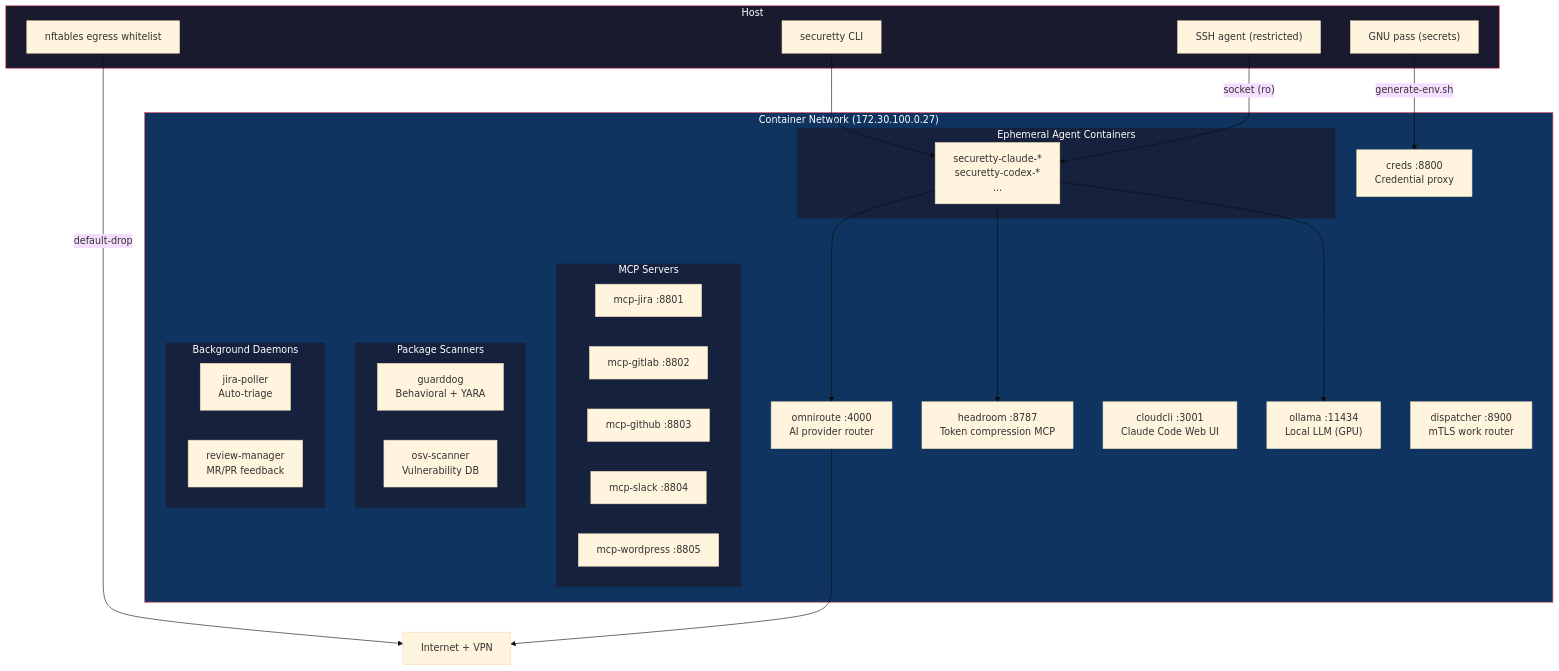
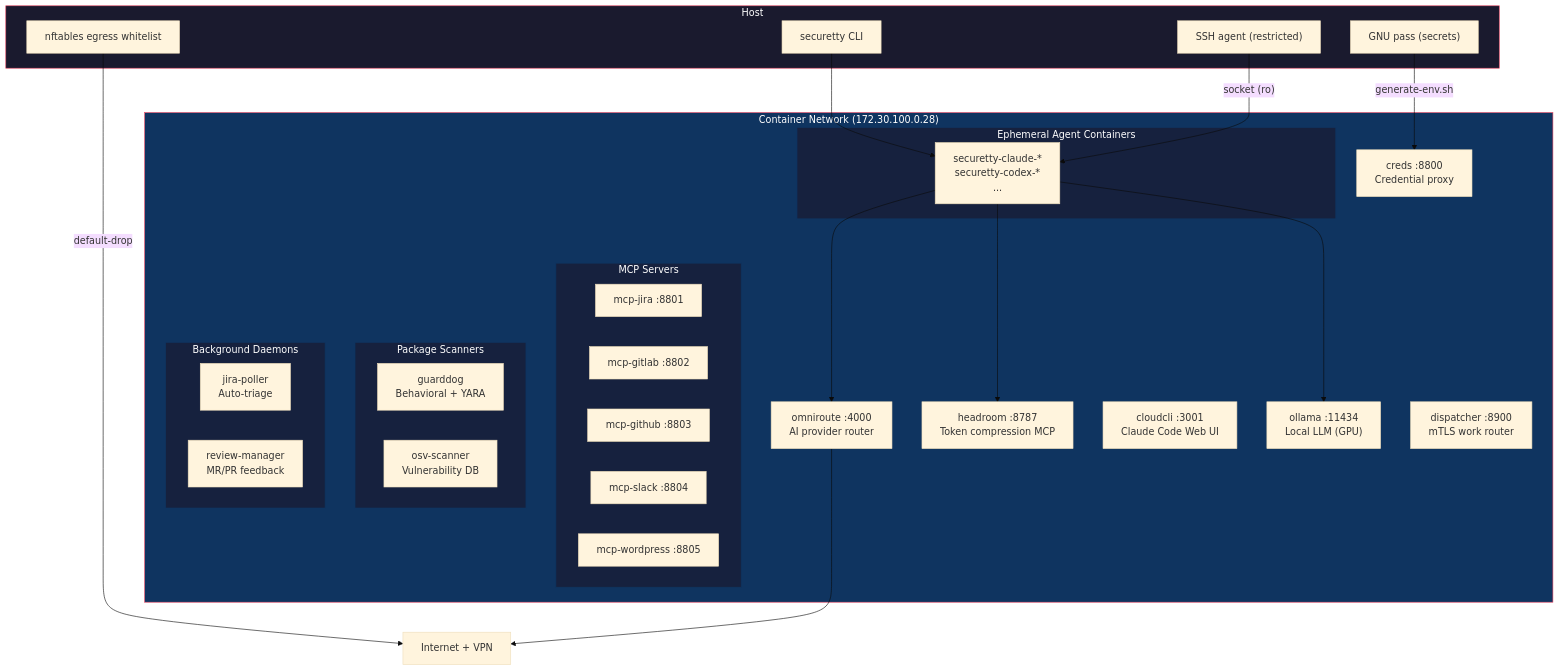
One commit to dmzoneill/securetty changed the first of 2 diagrams in README.md. Above: the diagram before and after it, drawn with Mermaid (base theme). The commit also changed 1 other file, not shown here.

Commit message:
chore: bump version to v0.0.28

````diff
--- a/README.md
+++ b/README.md
@@ -7,58 +7,58 @@
 ```mermaid
 graph TD
     Internet["Internet + VPN"]
 
     subgraph host["Host"]
         CLI["securetty CLI"]
         SSHAgent["SSH agent (restricted)"]
         Pass["GNU pass (secrets)"]
         Egress["nftables egress whitelist"]
     end
 
-    subgraph network["Container Network (172.30.100.0.27)"]
+    subgraph network["Container Network (172.30.100.0.28)"]
         OmniRoute["omniroute :4000\nAI provider router"]
         Headroom["headroom :8787\nToken compression MCP"]
         CloudCLI["cloudcli :3001\nClaude Code Web UI"]
         Ollama["ollama :11434\nLocal LLM (GPU)"]
         Creds["creds :8800\nCredential proxy"]
         Dispatcher["dispatcher :8900\nmTLS work router"]
 
         subgraph mcp["MCP Servers"]
             Jira["mcp-jira :8801"]
             GitLab["mcp-gitlab :8802"]
             GitHub["mcp-github :8803"]
             Slack["mcp-slack :8804"]
             WordPress["mcp-wordpress :8805"]
         end
 
         subgraph scanners["Package Scanners"]
             GuardDog["guarddog\nBehavioral + YARA"]
             OSV["osv-scanner\nVulnerability DB"]
         end
 
         subgraph agents["Ephemeral Agent Containers"]
             Dev["securetty-claude-*\nsecuretty-codex-*\n..."]
         end
 
         subgraph daemons["Background Daemons"]
             JiraPoller["jira-poller\nAuto-triage"]
             ReviewMgr["review-manager\nMR/PR feedback"]
         end
     end
 
     CLI --> Dev
     Pass -->|"generate-env.sh"| Creds
     SSHAgent -->|"socket (ro)"| Dev
     Egress -->|"default-drop"| Internet
     Dev --> OmniRoute
     Dev --> Headroom
     Dev --> Ollama
     OmniRoute --> Internet
 
     style network fill:#0f3460,stroke:#e94560,color:#fff
     style host fill:#1a1a2e,stroke:#e94560,color:#fff
     style mcp fill:#16213e,stroke:#0f3460,color:#fff
     style scanners fill:#16213e,stroke:#0f3460,color:#fff
     style agents fill:#16213e,stroke:#0f3460,color:#fff
     style daemons fill:#16213e,stroke:#0f3460,color:#fff
 ```
````
